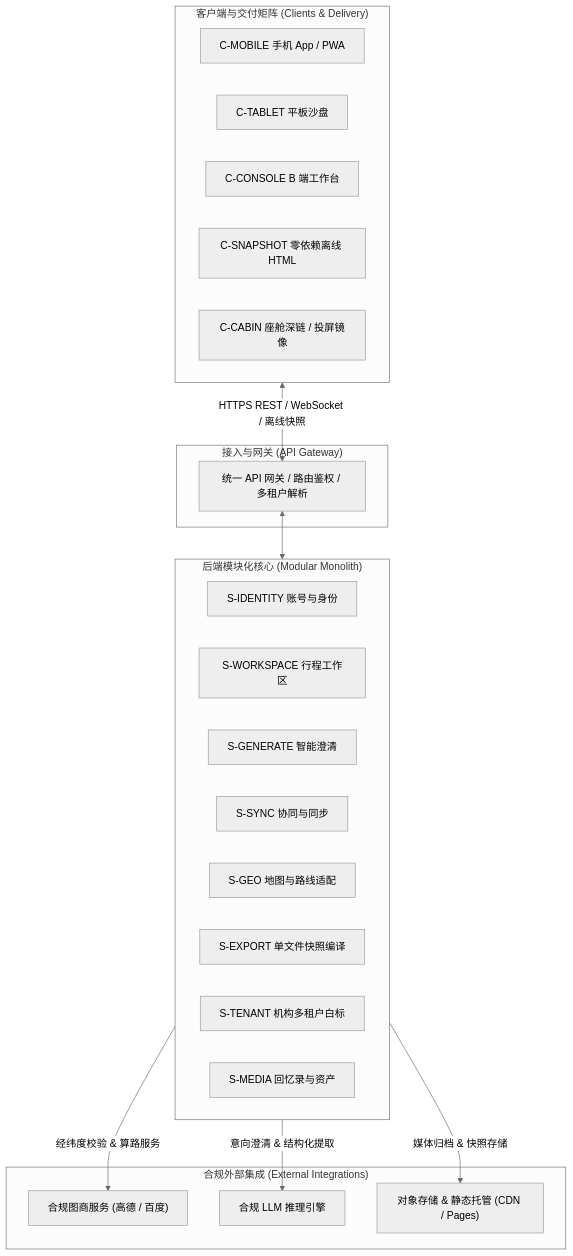
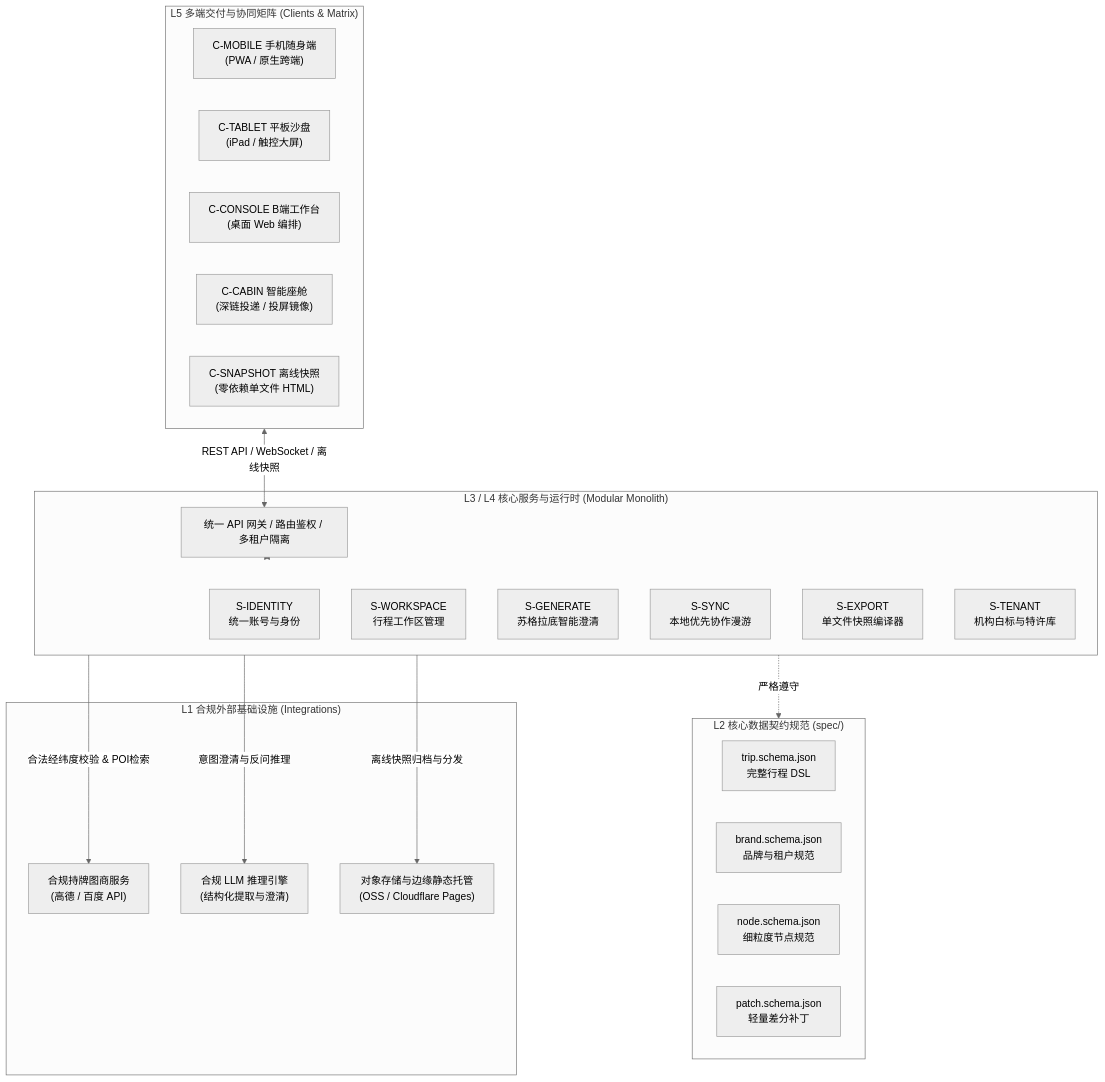
Before and after one commit to JohnMaxwell0123/TripCraft: the fifth of 6 diagrams in README.md, drawn with Mermaid (neutral theme). The commit also changed other lines of this file, not shown here.

````diff
--- a/README.md
+++ b/README.md
@@ -67,37 +282,40 @@
 ```mermaid
 flowchart TB
-    subgraph CLIENTS["客户端与交付矩阵 (Clients & Delivery)"]
-        C_MOB["C-MOBILE 手机 App / PWA"]
-        C_TAB["C-TABLET 平板沙盘"]
-        C_CON["C-CONSOLE B 端工作台"]
-        C_SNAP["C-SNAPSHOT 零依赖离线 HTML"]
-        C_CAB["C-CABIN 座舱深链 / 投屏镜像"]
+    subgraph L5["L5 多端交付与协同矩阵 (Clients & Matrix)"]
+        MOB["C-MOBILE 手机随身端<br/>(PWA / 原生跨端)"]
+        TAB["C-TABLET 平板沙盘<br/>(iPad / 触控大屏)"]
+        CON["C-CONSOLE B端工作台<br/>(桌面 Web 编排)"]
+        CAB["C-CABIN 智能座舱<br/>(深链投递 / 投屏镜像)"]
+        SNAP["C-SNAPSHOT 离线快照<br/>(零依赖单文件 HTML)"]
     end
 
-    subgraph GATEWAY["接入与网关 (API Gateway)"]
-        GW["统一 API 网关 / 路由鉴权 / 多租户解析"]
+    subgraph L3_L4["L3 / L4 核心服务与运行时 (Modular Monolith)"]
+        GW["统一 API 网关 / 路由鉴权 / 多租户隔离"]
+        S_ID["S-IDENTITY<br/>统一账号与身份"]
+        S_WS["S-WORKSPACE<br/>行程工作区管理"]
+        S_GEN["S-GENERATE<br/>苏格拉底智能澄清"]
+        S_SYNC["S-SYNC<br/>本地优先协作漫游"]
+        S_EXP["S-EXPORT<br/>单文件快照编译器"]
+        S_TEN["S-TENANT<br/>机构白标与特许库"]
     end
 
-    subgraph BACKEND["后端模块化核心 (Modular Monolith)"]
-        S_ID["S-IDENTITY 账号与身份"]
-        S_WS["S-WORKSPACE 行程工作区"]
-        S_GEN["S-GENERATE 智能澄清"]
-        S_SYNC["S-SYNC 协同与同步"]
-        S_GEO["S-GEO 地图与路线适配"]
-        S_EXP["S-EXPORT 单文件快照编译"]
-        S_TEN["S-TENANT 机构多租户白标"]
-        S_MEDIA["S-MEDIA 回忆录与资产"]
+    subgraph L2["L2 核心数据契约规范 (spec/)"]
+        SCHEMA_T["trip.schema.json<br/>完整行程 DSL"]
+        SCHEMA_B["brand.schema.json<br/>品牌与租户规范"]
+        SCHEMA_N["node.schema.json<br/>细粒度节点规范"]
+        SCHEMA_P["patch.schema.json<br/>轻量差分补丁"]
     end
 
-    subgraph EXTERNALS["合规外部集成 (External Integrations)"]
-        MAP["合规图商服务 (高德 / 百度)"]
-        AI["合规 LLM 推理引擎"]
-        OSS["对象存储 & 静态托管 (CDN / Pages)"]
+    subgraph L1["L1 合规外部基础设施 (Integrations)"]
+        MAP_EXT["合规持牌图商服务<br/>(高德 / 百度 API)"]
+        AI_EXT["合规 LLM 推理引擎<br/>(结构化提取与澄清)"]
+        CDN_EXT["对象存储与边缘静态托管<br/>(OSS / Cloudflare Pages)"]
     end
 
-    CLIENTS <-->|HTTPS REST / WebSocket / 离线快照| GW
-    GW <--> BACKEND
-    BACKEND -->|经纬度校验 & 算路服务| MAP
-    BACKEND -->|意向澄清 & 结构化提取| AI
-    BACKEND -->|媒体归档 & 快照存储| OSS
+    L5 <-->|REST API / WebSocket / 离线快照| GW
+    GW <--> L3_L4
+    L3_L4 -.->|严格遵守| L2
+    L3_L4 -->|合法经纬度校验 & POI检索| MAP_EXT
+    L3_L4 -->|意图澄清与反问推理| AI_EXT
+    L3_L4 -->|离线快照归档与分发| CDN_EXT
 ```
````
